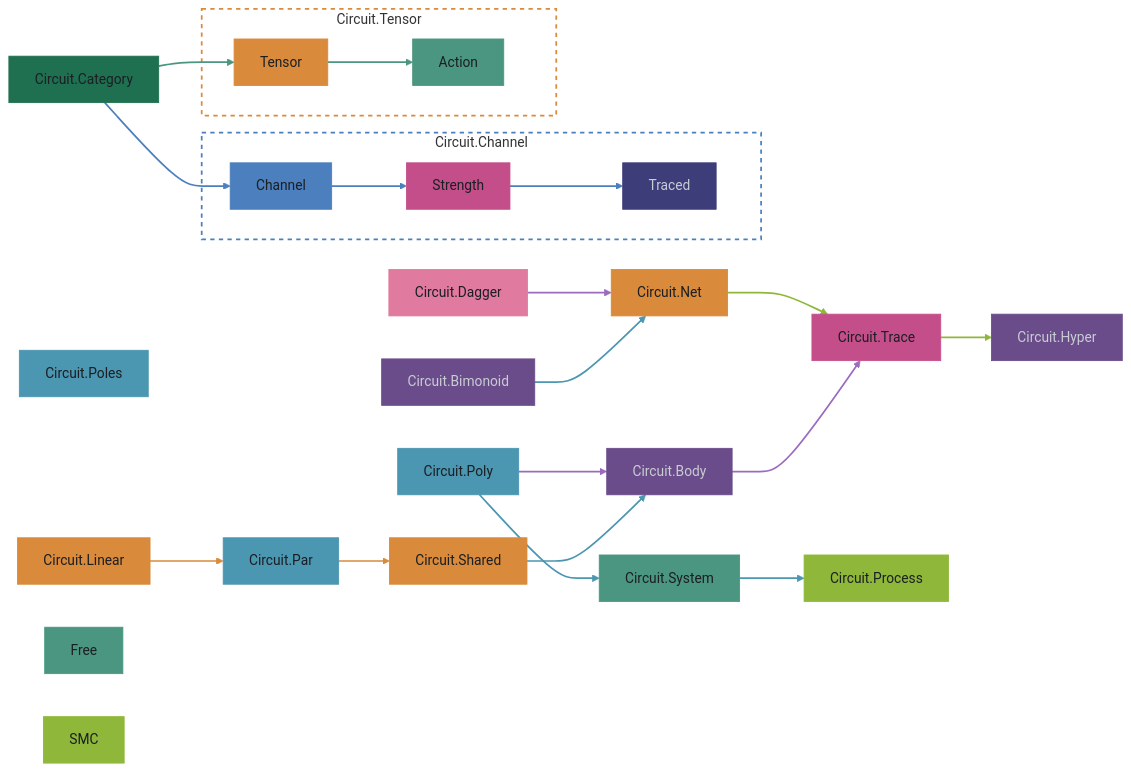
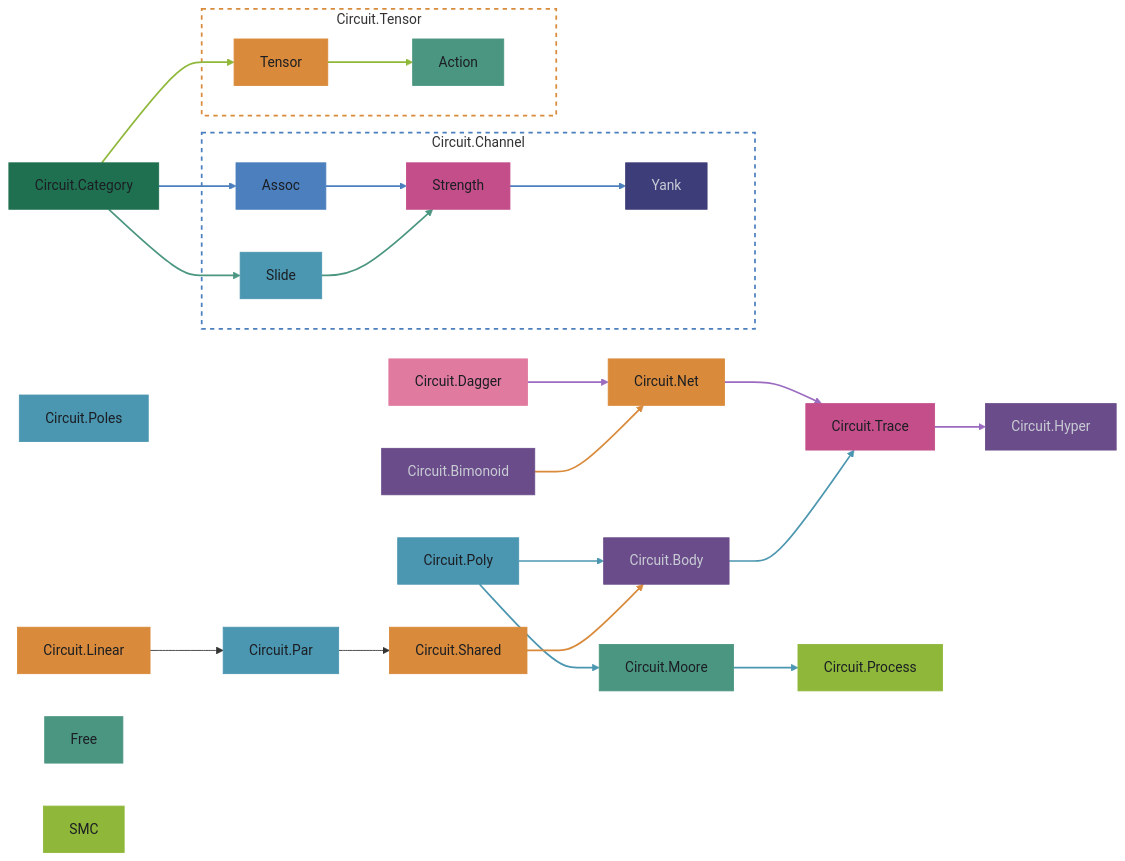
One commit to tonyday567/circuits changed the second of 2 diagrams in readme.md. Above: the diagram before and after it, drawn with Mermaid. The commit also changed other lines of this file and 29 other files, not shown here.

First line of the commit message:
Rename System/SystemT to Moore; split Channel into Assoc/Slide and Traced into Yank; rename PChan to Channel

````diff
--- a/readme.md
+++ b/readme.md
@@ -59,74 +63,77 @@
 ```mermaid
 graph LR
   Category["Circuit.Category"]
 
   subgraph Channel ["Circuit.Channel"]
-    ChannelClass["Channel"]
+    Assoc["Assoc"]
+    Slide["Slide"]
     Strength["Strength"]
-    Traced["Traced"]
+    Yank["Yank"]
   end
 
   subgraph Tensor ["Circuit.Tensor"]
     TensorClass["Tensor"]
     Action["Action"]
   end
 
   Net["Circuit.Net"]
   Trace["Circuit.Trace"]
   Hyper["Circuit.Hyper"]
   Dagger["Circuit.Dagger"]
   Poles["Circuit.Poles"]
   Body["Circuit.Body"]
   Poly["Circuit.Poly"]
-  System["Circuit.System"]
+  Moore["Circuit.Moore"]
   Process["Circuit.Process"]
   Shared["Circuit.Shared"]
   Bimonoid["Circuit.Bimonoid"]
   Par["Circuit.Par"]
   Linear["Circuit.Linear"]
 
-  Category --> ChannelClass --> Strength --> Traced
+  Category --> Assoc --> Strength --> Yank
+  Category --> Slide --> Strength
   Category --> TensorClass --> Action
   Net --> Trace
   Trace --> Hyper
   Dagger --> Net
   Body --> Trace
   Poly --> Body
-  Poly --> System
-  System --> Process
+  Poly --> Moore
+  Moore --> Process
   Shared --> Body
   Bimonoid --> Net
   Par --> Shared
   Linear --> Par
 
   linkStyle 0,1,2 stroke:#4B7FBD,stroke-width:2px
   linkStyle 3,4 stroke:#4B9680,stroke-width:2px
   linkStyle 5,6 stroke:#8FB83A,stroke-width:2px
   linkStyle 7,8,9 stroke:#9B6BC0,stroke-width:2px
   linkStyle 10,11,12,13 stroke:#4B96B0,stroke-width:2px
   linkStyle 14,15 stroke:#D98A3A,stroke-width:2px
 
   style Channel fill:transparent,stroke:#4B7FBD,stroke-width:2px,stroke-dasharray: 5 5
   style Tensor fill:transparent,stroke:#D98A3A,stroke-width:2px,stroke-dasharray: 5 5
   style Category fill:#1F7050,stroke:#1F7050,color:#1b1e23
-  style ChannelClass fill:#4B7FBD,stroke:#4B7FBD,color:#1b1e23
+  style Assoc fill:#4B7FBD,stroke:#4B7FBD,color:#1b1e23
+  style Slide fill:#4B96B0,stroke:#4B96B0,color:#1b1e23
   style Strength fill:#C44E8A,stroke:#C44E8A,color:#1b1e23
-  style Traced fill:#3D3D7A,stroke:#3D3D7A,color:#c8ccd4
+  style Yank fill:#3D3D7A,stroke:#3D3D7A,color:#c8ccd4
   style TensorClass fill:#D98A3A,stroke:#D98A3A,color:#1b1e23
   style Action fill:#4B9680,stroke:#4B9680,color:#1b1e23
   style Free fill:#4B9680,stroke:#4B9680,color:#1b1e23
   style SMC fill:#8FB83A,stroke:#8FB83A,color:#1b1e23
   style Net fill:#D98A3A,stroke:#D98A3A,color:#1b1e23
   style Trace fill:#C44E8A,stroke:#C44E8A,color:#1b1e23
   style Hyper fill:#6B4C8A,stroke:#6B4C8A,color:#c8ccd4
   style Dagger fill:#E07A9E,stroke:#E07A9E,color:#1b1e23
   style Poles fill:#4B96B0,stroke:#4B96B0,color:#1b1e23
   style Body fill:#6B4C8A,stroke:#6B4C8A,color:#c8ccd4
   style Poly fill:#4B96B0,stroke:#4B96B0,color:#1b1e23
-  style System fill:#4B9680,stroke:#4B9680,color:#1b1e23
+  style Moore fill:#4B9680,stroke:#4B9680,color:#1b1e23
   style Process fill:#8FB83A,stroke:#8FB83A,color:#1b1e23
   style Shared fill:#D98A3A,stroke:#D98A3A,color:#1b1e23
   style Bimonoid fill:#6B4C8A,stroke:#6B4C8A,color:#c8ccd4
   style Par fill:#4B96B0,stroke:#4B96B0,color:#1b1e23
   style Linear fill:#D98A3A,stroke:#D98A3A,color:#1b1e23
 ```
````
